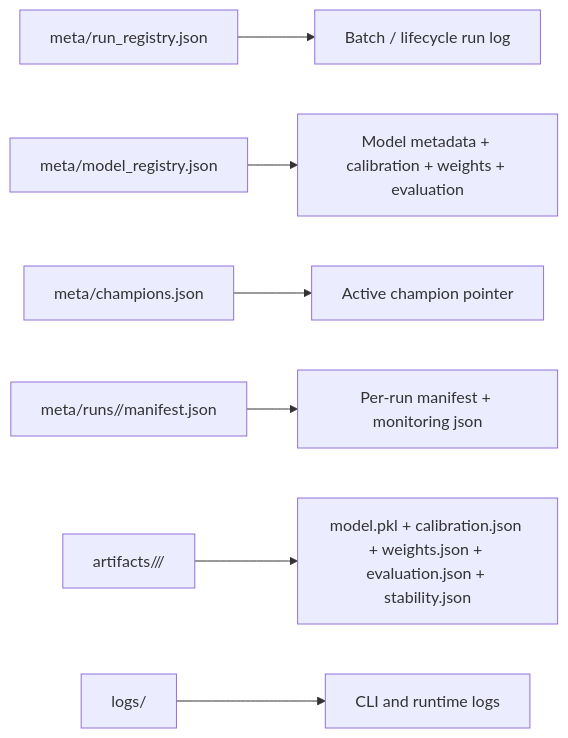
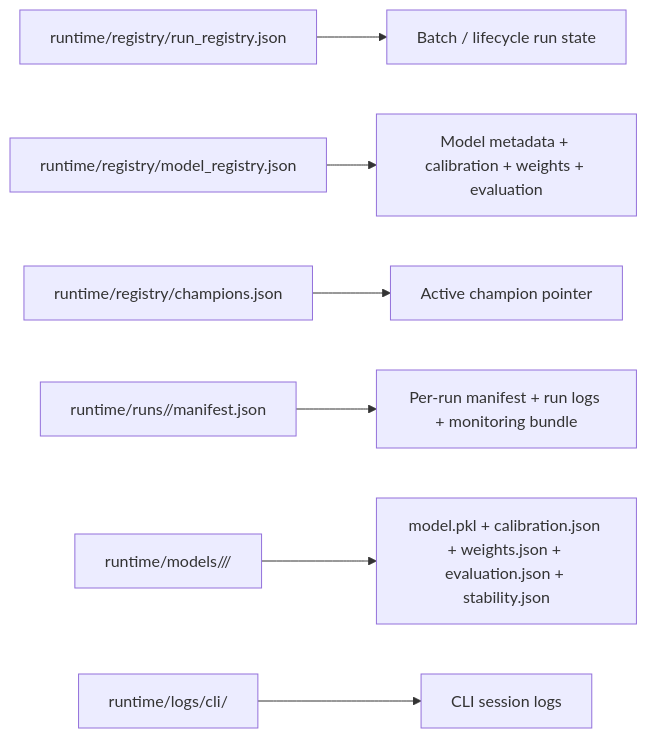
One commit to selimoksuz/ews-anomaly-detection changed the second of 2 diagrams in docs/lifecycle.md. Above: the diagram before and after it, drawn with Mermaid. The commit also changed other lines of this file and 9 other files, not shown here.

````diff
--- a/docs/lifecycle.md
+++ b/docs/lifecycle.md
@@ -302,9 +302,9 @@
 ```mermaid
 flowchart LR
-    A["meta/run_registry.json"] --> B["Batch / lifecycle run log"]
-    C["meta/model_registry.json"] --> D["Model metadata + calibration + weights + evaluation"]
-    E["meta/champions.json"] --> F["Active champion pointer"]
-    G["meta/runs/<run_id>/manifest.json"] --> H["Per-run manifest + monitoring json"]
-    I["artifacts/<segment>/<run_id>/"] --> J["model.pkl + calibration.json + weights.json + evaluation.json + stability.json"]
-    K["logs/"] --> L["CLI and runtime logs"]
+    A["runtime/registry/run_registry.json"] --> B["Batch / lifecycle run state"]
+    C["runtime/registry/model_registry.json"] --> D["Model metadata + calibration + weights + evaluation"]
+    E["runtime/registry/champions.json"] --> F["Active champion pointer"]
+    G["runtime/runs/<run_id>/manifest.json"] --> H["Per-run manifest + run logs + monitoring bundle"]
+    I["runtime/models/<segment>/<run_id>/"] --> J["model.pkl + calibration.json + weights.json + evaluation.json + stability.json"]
+    K["runtime/logs/cli/"] --> L["CLI session logs"]
 ```
````
